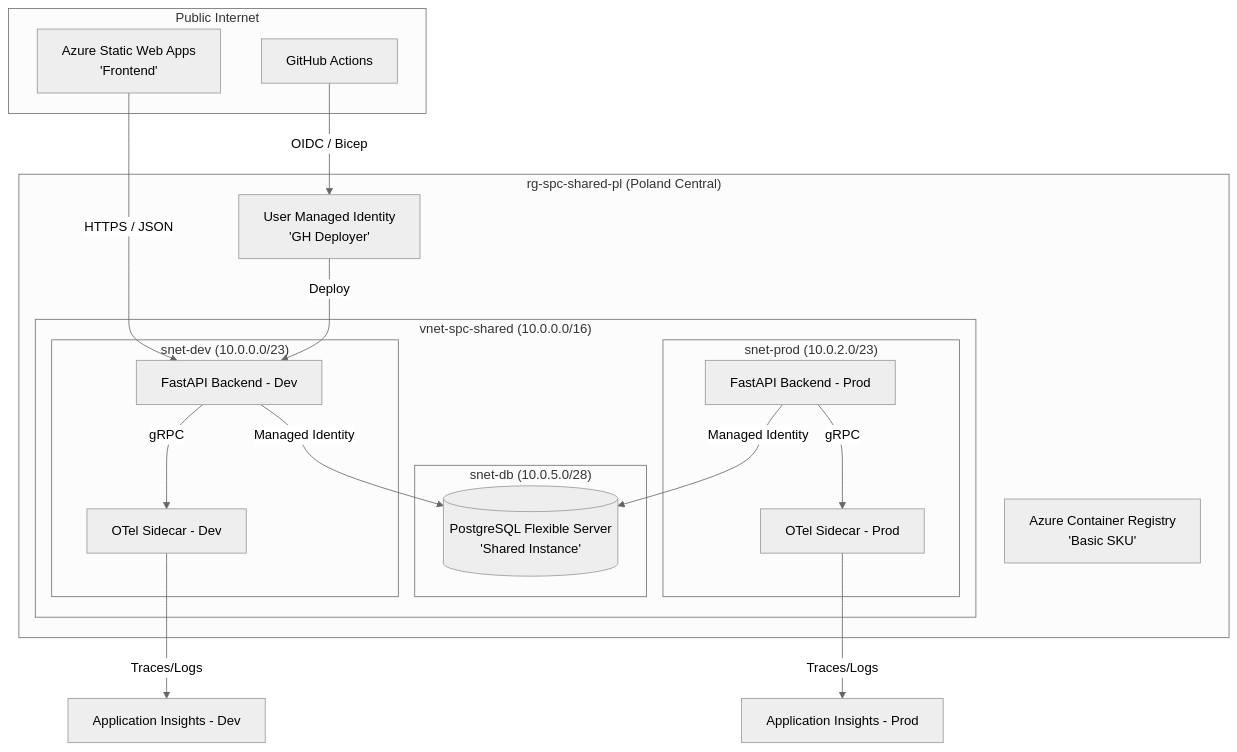
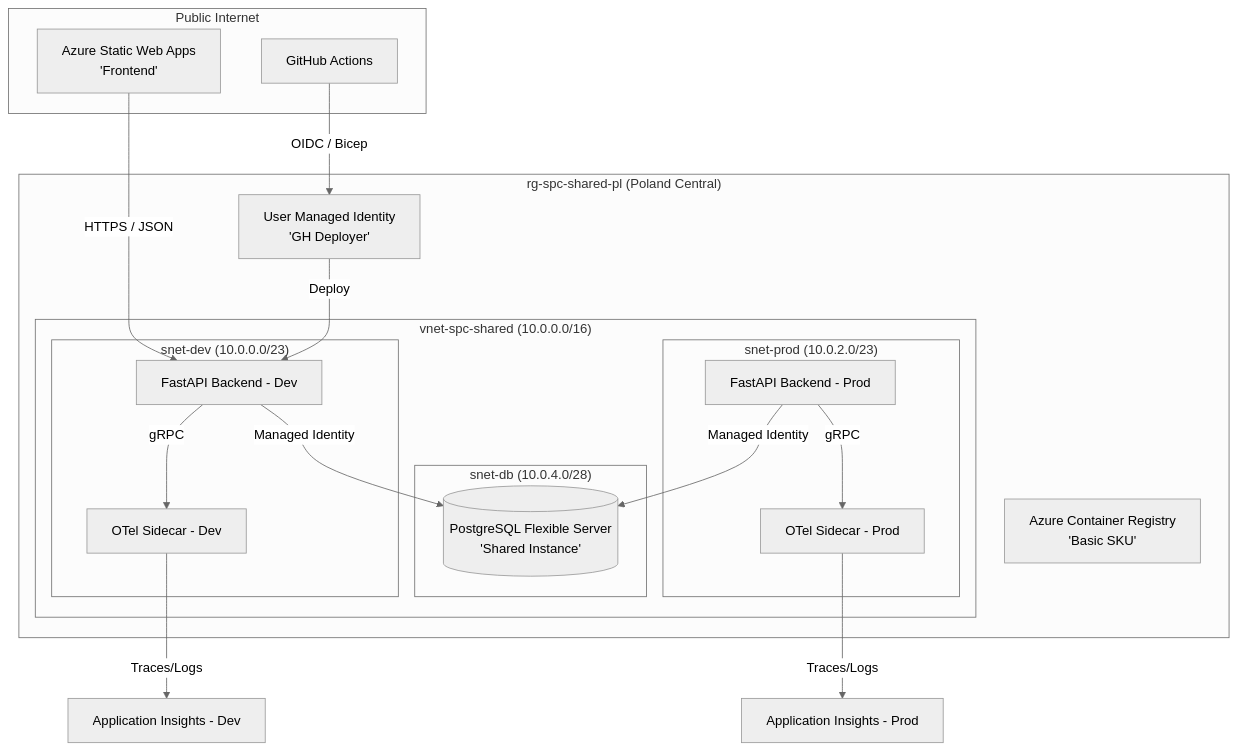
The fourth of 8 diagrams in docs/DESIGN.md (ljezek/tul-psi), drawn with Mermaid (neutral theme) before and after one commit.

Commit message:
Update DB port in README to reflect reality

````diff
--- a/docs/DESIGN.md
+++ b/docs/DESIGN.md
@@ -384,37 +384,37 @@
 ```mermaid
 graph TB
     subgraph "Public Internet"
         SWA[Azure Static Web Apps<br/>'Frontend']
         GH[GitHub Actions]
     end
 
     subgraph "rg-spc-shared-pl (Poland Central)"
         ACR[Azure Container Registry<br/>'Basic SKU']
         UAMI[User Managed Identity<br/>'GH Deployer']
         
         subgraph "vnet-spc-shared (10.0.0.0/16)"
-            subgraph "snet-db (10.0.5.0/28)"
+            subgraph "snet-db (10.0.4.0/28)"
                 DB[(PostgreSQL Flexible Server<br/>'Shared Instance')]
             end
 
             subgraph "snet-dev (10.0.0.0/23)"
                 ACA_DEV[FastAPI Backend - Dev]
                 OTEL_DEV[OTel Sidecar - Dev]
             end
 
             subgraph "snet-prod (10.0.2.0/23)"
                 ACA_PROD[FastAPI Backend - Prod]
                 OTEL_PROD[OTel Sidecar - Prod]
             end
         end    end
 
     SWA -- "HTTPS / JSON" --> ACA_DEV
     GH -- "OIDC / Bicep" --> UAMI
     UAMI -- "Deploy" --> ACA_DEV
     ACA_DEV -- "Managed Identity" --> DB
     ACA_DEV -- "gRPC" --> OTEL_DEV
     OTEL_DEV -- "Traces/Logs" --> AI_DEV[Application Insights - Dev]
     ACA_PROD -- "Managed Identity" --> DB
     ACA_PROD -- "gRPC" --> OTEL_PROD
     OTEL_PROD -- "Traces/Logs" --> AI_PROD[Application Insights - Prod]
 ```
````
